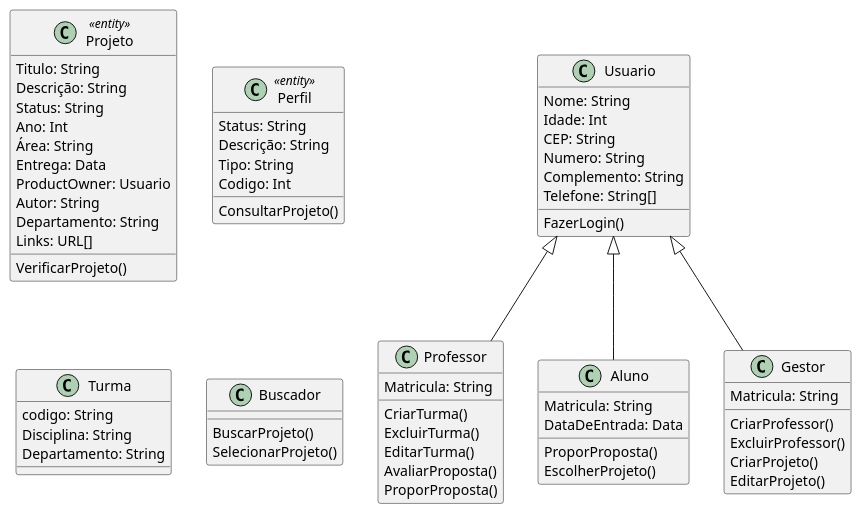
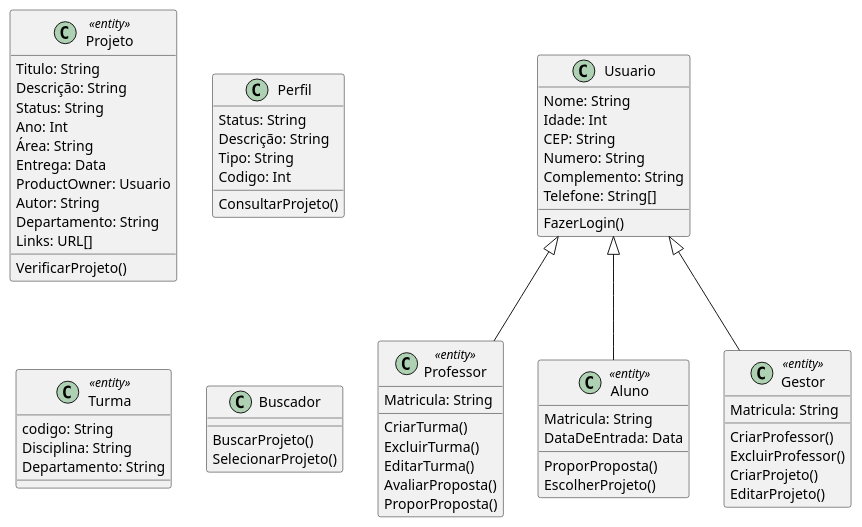
Before and after one commit to Pedro-V/projetorium: the diagram in diagramas/classes_comum.iuml, drawn with PlantUML.

```diff
--- a/diagramas/classes_comum.iuml
+++ b/diagramas/classes_comum.iuml
@@ -1,79 +1,79 @@
 @startuml
 class Usuario {
     Nome: String
     Idade: Int
     CEP: String
     Numero: String
     Complemento: String
     Telefone: String[]
 
     FazerLogin()
 }
 
-class Professor {
+class Professor <<entity>>{
     Matricula: String 
 
     CriarTurma()
     ExcluirTurma()
     EditarTurma()
     AvaliarProposta()
     ProporProposta()
 }
 
-class Aluno {
+class Aluno <<entity>>{
     Matricula: String
     DataDeEntrada: Data
 
     ProporProposta()
     EscolherProjeto()
 }
 
-class Gestor {
+class Gestor <<entity>>{
     Matricula: String
 
     CriarProfessor()
     ExcluirProfessor()
     CriarProjeto()
     EditarProjeto()
 }
 
 class Projeto <<entity>> {
     Titulo: String
     Descrição: String
     Status: String
     Ano: Int
     Área: String
     Entrega: Data
     ProductOwner: Usuario
     Autor: String
     Departamento: String
     Links: URL[]
 
     VerificarProjeto()
 }
 
-class Perfil <<entity>> {
+class Perfil  {
     Status: String
     Descrição: String
     Tipo: String
     Codigo: Int
     
     ConsultarProjeto()
 }
 
-class Turma {
+class Turma <<entity>>{
     codigo: String
     Disciplina: String
     Departamento: String
 }
 
 class Buscador {
     BuscarProjeto()
     SelecionarProjeto()
 }
 
 Usuario <|-- Professor
 Usuario <|-- Aluno
 Usuario <|-- Gestor
 
 @enduml
```
